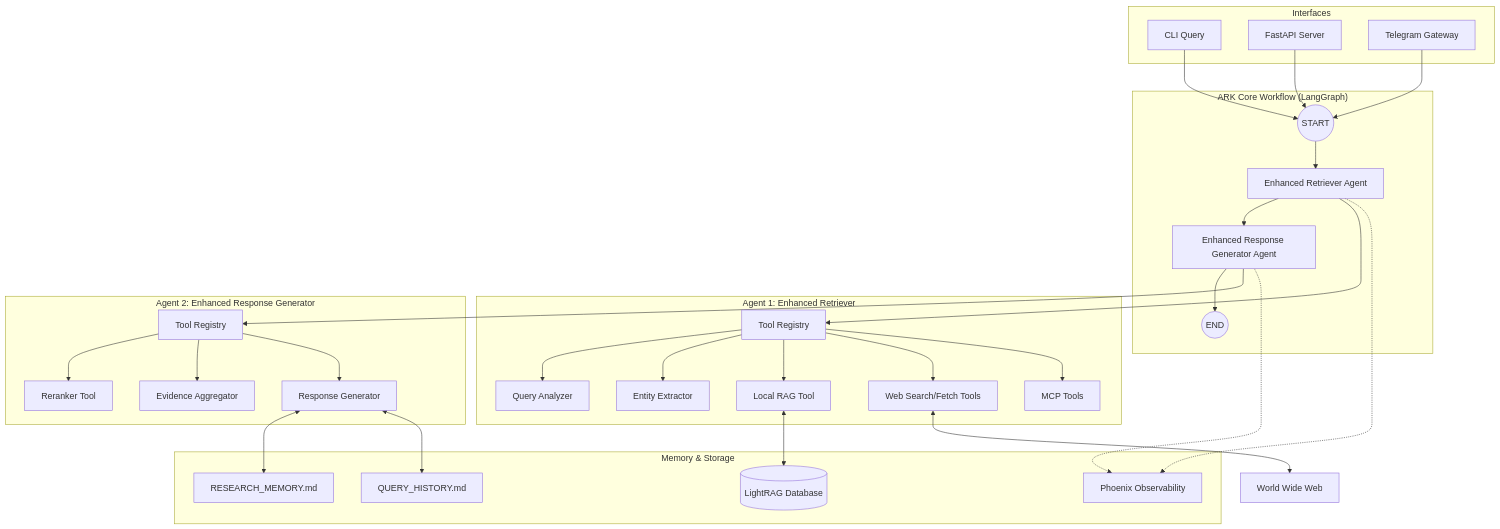
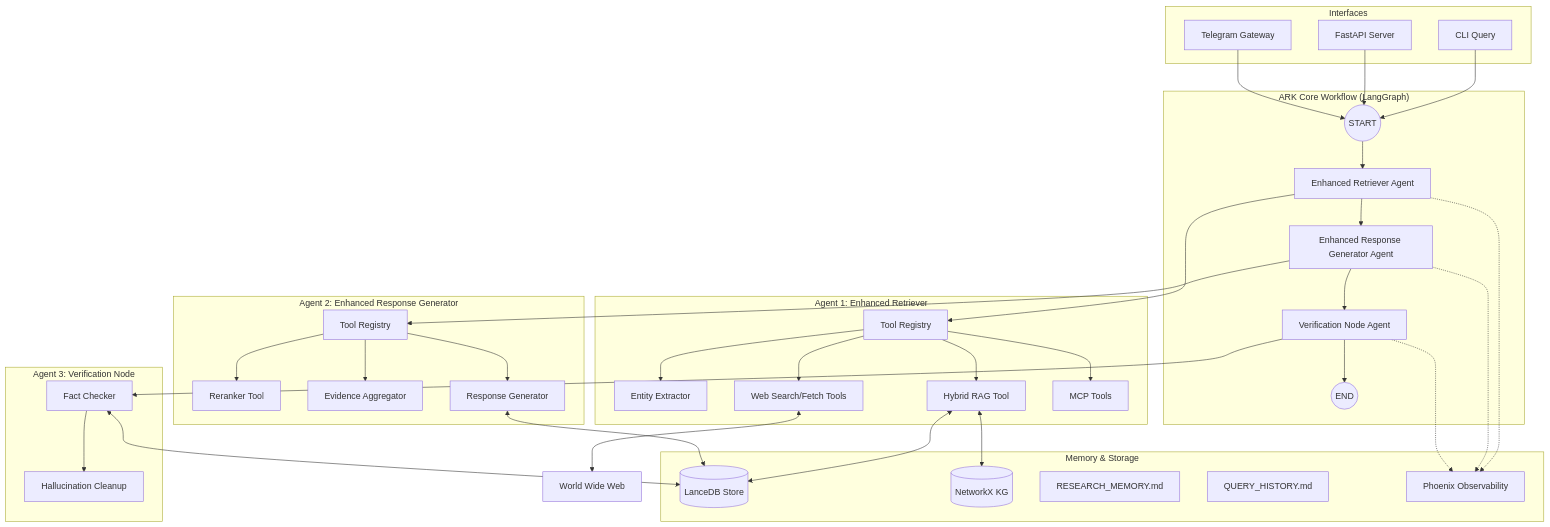
Before and after one commit to CalmScout/agentic-research-kit: the first of 2 diagrams in docs/ARK_NANOBOT_ARCHITECTURE.md, drawn with Mermaid. The commit also changed other lines of this file and 15 other files, not shown here.

Commit message:
docs: reorganize documentation and update architecture details

````diff
--- a/docs/ARK_NANOBOT_ARCHITECTURE.md
+++ b/docs/ARK_NANOBOT_ARCHITECTURE.md
@@ -13,53 +13,63 @@
 ```mermaid
 graph TD
     subgraph "Interfaces"
         CLI[CLI Query]
         API[FastAPI Server]
         TG[Telegram Gateway]
     end
 
     subgraph "ARK Core Workflow (LangGraph)"
         START((START)) --> ER[Enhanced Retriever Agent]
         ER --> ERG[Enhanced Response Generator Agent]
-        ERG --> END((END))
+        ERG --> VN[Verification Node Agent]
+        VN --> END((END))
     end
 
     subgraph "Agent 1: Enhanced Retriever"
         ER_TR[Tool Registry]
-        ER_QA[Query Analyzer]
         ER_EXT[Entity Extractor]
-        ER_RAG[Local RAG Tool]
+        ER_RAG[Hybrid RAG Tool]
         ER_WEB[Web Search/Fetch Tools]
         ER_MCP[MCP Tools]
         
         ER --> ER_TR
-        ER_TR --> ER_QA & ER_EXT & ER_RAG & ER_WEB & ER_MCP
+        ER_TR --> ER_EXT & ER_RAG & ER_WEB & ER_MCP
     end
 
     subgraph "Agent 2: Enhanced Response Generator"
         ERG_TR[Tool Registry]
         ERG_RER[Reranker Tool]
         ERG_AGG[Evidence Aggregator]
         ERG_GEN[Response Generator]
         
         ERG --> ERG_TR
         ERG_TR --> ERG_RER & ERG_AGG & ERG_GEN
     end
 
+    subgraph "Agent 3: Verification Node"
+        VN_FC[Fact Checker]
+        VN_CH[Hallucination Cleanup]
+        
+        VN --> VN_FC --> VN_CH
+    end
+
     subgraph "Memory & Storage"
-        LR[(LightRAG Database)]
+        LDB[(LanceDB Store)]
+        KG[(NetworkX KG)]
         MS_RH[RESEARCH_MEMORY.md]
         MS_QH[QUERY_HISTORY.md]
         PX[Phoenix Observability]
     end
 
     CLI & API & TG --> START
     
-    ER_RAG <--> LR
+    ER_RAG <--> LDB & KG
     ER_WEB <--> WEB[World Wide Web]
     
-    ERG_GEN <--> MS_RH & MS_QH
+    ERG_GEN <--> LDB
+    VN_FC <--> LDB
     
     ER -.-> PX
     ERG -.-> PX
+    VN -.-> PX
 ```
````
